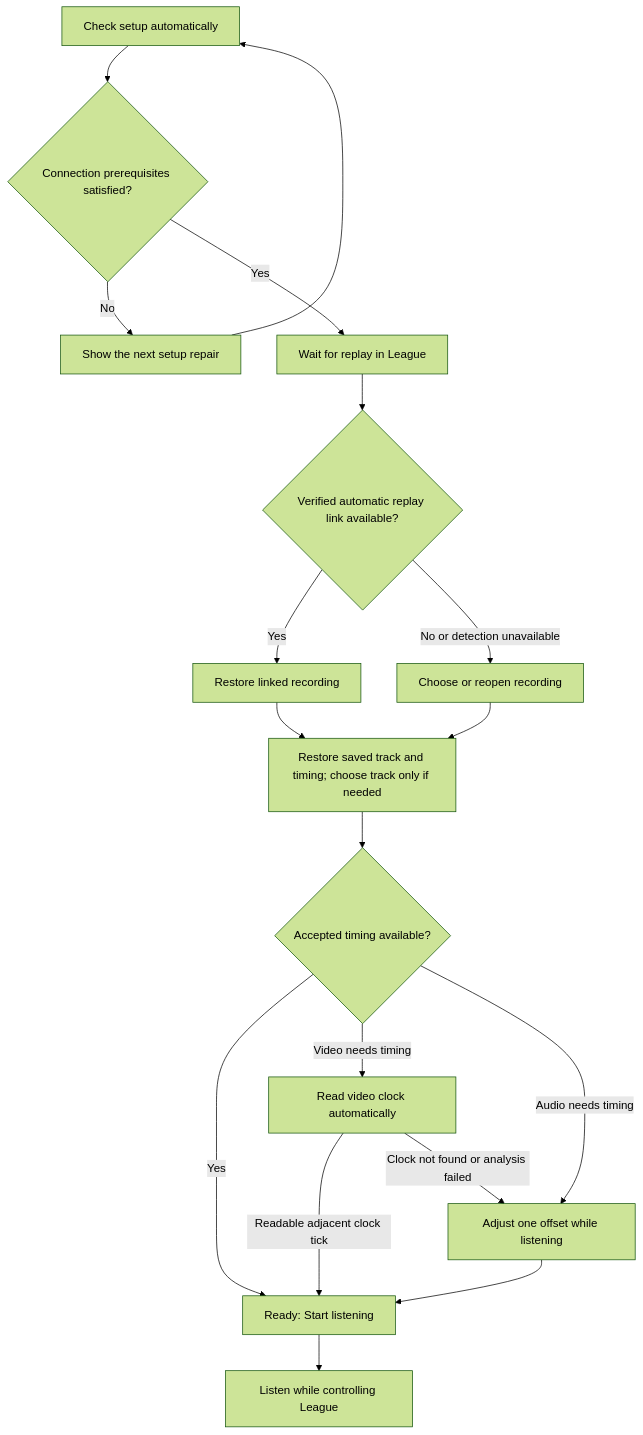
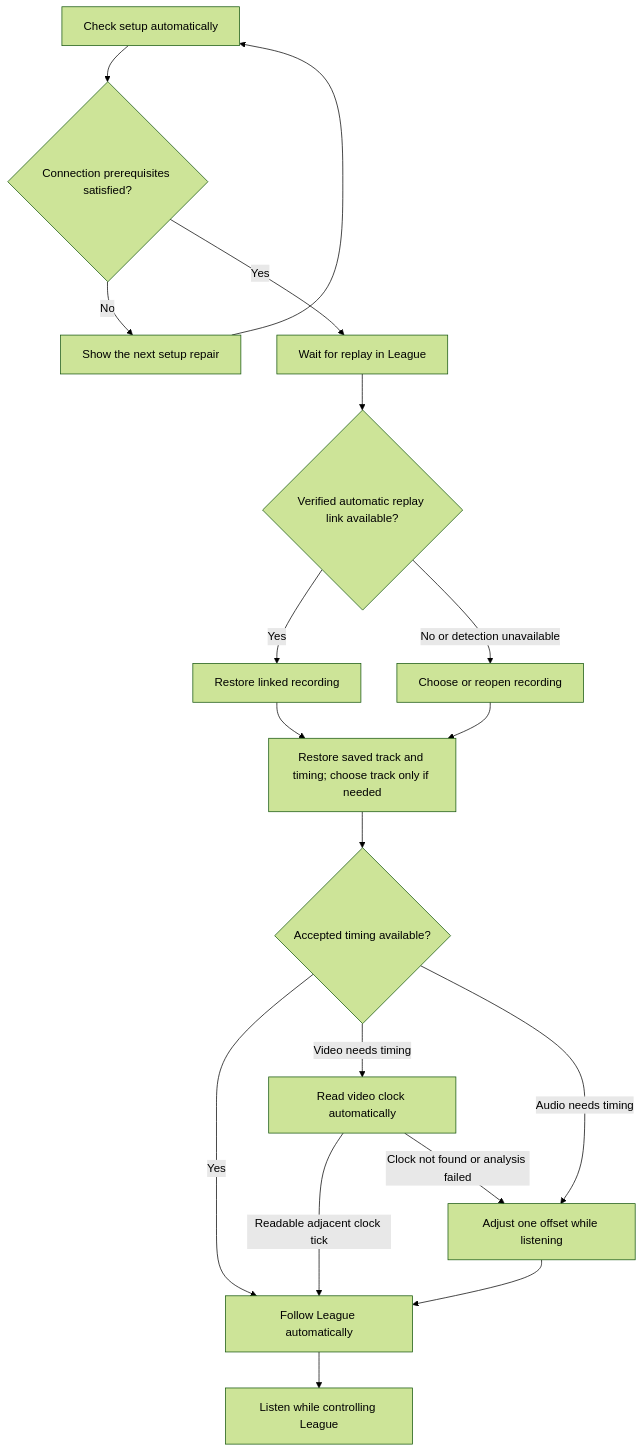
The diagram in UX_DESIGN.md (felixmirave/league-replay-comms), drawn with Mermaid (forest theme) before and after one commit. The commit also changed other lines of this file and 24 other files, not shown here.

Commit message:
Follow replays automatically and preserve playback through reconnects

````diff
--- a/UX_DESIGN.md
+++ b/UX_DESIGN.md
@@ -33,20 +33,20 @@
 ```mermaid
 flowchart TD
     A[Check setup automatically] --> B{Connection prerequisites satisfied?}
     B -->|No| C[Show the next setup repair]
     C --> A
     B -->|Yes| D[Wait for replay in League]
     D --> F{Verified automatic replay link available?}
     F -->|Yes| G[Restore linked recording]
     F -->|No or detection unavailable| H[Choose or reopen recording]
     G --> I[Restore saved track and timing; choose track only if needed]
     H --> I
     I --> J{Accepted timing available?}
-    J -->|Yes| N[Ready: Start listening]
+    J -->|Yes| N[Follow League automatically]
     J -->|Video needs timing| K[Read video clock automatically]
     J -->|Audio needs timing| L[Adjust one offset while listening]
     K -->|Readable adjacent clock tick| N
     K -->|Clock not found or analysis failed| L
     L --> N
     N --> P[Listen while controlling League]
 ```
````
